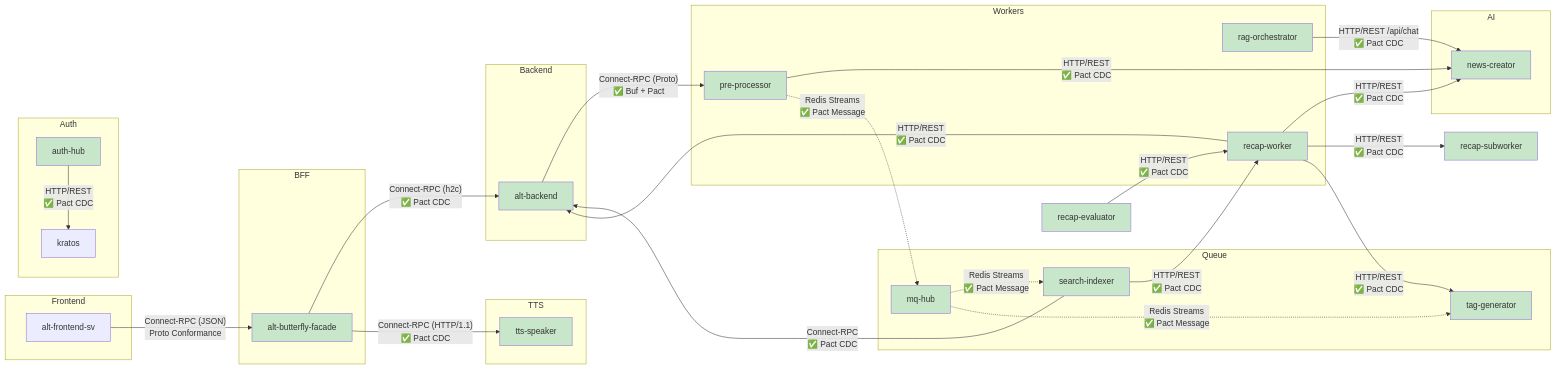
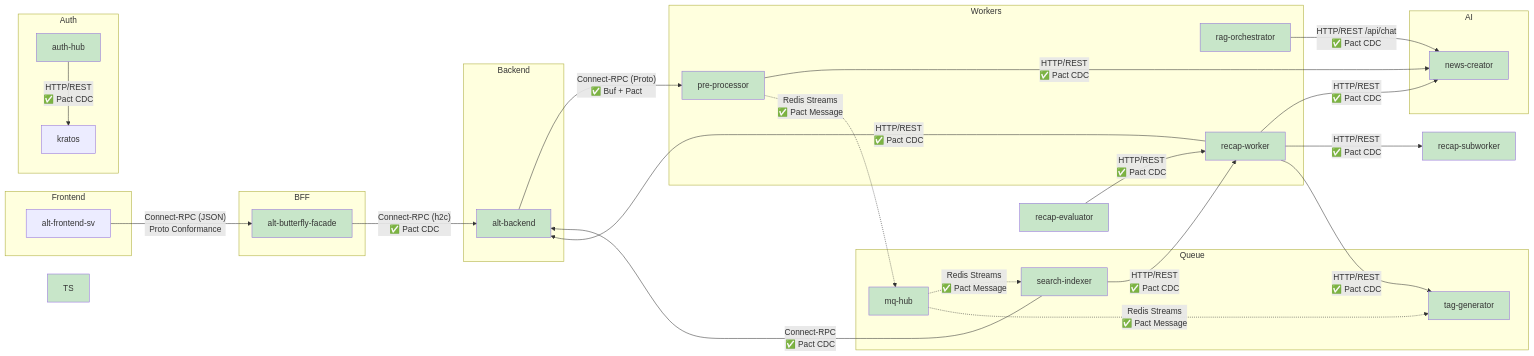
One commit to Kaikei-e/Alt changed the second of 4 diagrams in docs/testing-strategy.md. Above: the diagram before and after it, drawn with Mermaid. The commit also changed other lines of this file and 11 other files, not shown here.

````diff
--- a/docs/testing-strategy.md
+++ b/docs/testing-strategy.md
@@ -45,71 +45,66 @@
 ```mermaid
 graph LR
   subgraph FE["Frontend"]
     FE_SV["alt-frontend-sv"]
   end
 
   subgraph BFF
     BF["alt-butterfly-facade"]
   end
 
   subgraph Backend
     AB["alt-backend"]
   end
 
   subgraph Workers
     PP["pre-processor"]
     RO["rag-orchestrator"]
     RW["recap-worker"]
   end
 
   subgraph AI
     NC["news-creator"]
   end
 
   subgraph Queue
     MQ["mq-hub"]
     SI["search-indexer"]
     TG["tag-generator"]
   end
 
   subgraph Auth
     AH["auth-hub"]
     KR["kratos"]
   end
 
-  subgraph TTS
-    TS["tts-speaker"]
-  end
-
   FE_SV -->|"Connect-RPC (JSON)<br/>Proto Conformance"| BF
   BF -->|"Connect-RPC (h2c)<br/>✅ Pact CDC"| AB
-  BF -->|"Connect-RPC (HTTP/1.1)<br/>✅ Pact CDC"| TS
   AH -->|"HTTP/REST<br/>✅ Pact CDC"| KR
   AB -->|"Connect-RPC (Proto)<br/>✅ Buf + Pact"| PP
   PP -->|"HTTP/REST<br/>✅ Pact CDC"| NC
   RO -->|"HTTP/REST /api/chat<br/>✅ Pact CDC"| NC
   RW -->|"HTTP/REST<br/>✅ Pact CDC"| NC
   RW -->|"HTTP/REST<br/>✅ Pact CDC"| RS["recap-subworker"]
   RW -->|"HTTP/REST<br/>✅ Pact CDC"| AB
   RW -->|"HTTP/REST<br/>✅ Pact CDC"| TG
   SI -->|"Connect-RPC<br/>✅ Pact CDC"| AB
   SI -->|"HTTP/REST<br/>✅ Pact CDC"| RW
   RE["recap-evaluator"] -->|"HTTP/REST<br/>✅ Pact CDC"| RW
   PP -.->|"Redis Streams<br/>✅ Pact Message"| MQ
   MQ -.->|"Redis Streams<br/>✅ Pact Message"| SI
   MQ -.->|"Redis Streams<br/>✅ Pact Message"| TG
 
   style AB fill:#c8e6c9
   style PP fill:#c8e6c9
   style RO fill:#c8e6c9
   style NC fill:#c8e6c9
   style RW fill:#c8e6c9
   style MQ fill:#c8e6c9
   style SI fill:#c8e6c9
   style TG fill:#c8e6c9
   style RS fill:#c8e6c9
   style RE fill:#c8e6c9
   style BF fill:#c8e6c9
   style AH fill:#c8e6c9
   style TS fill:#c8e6c9
 ```
````
